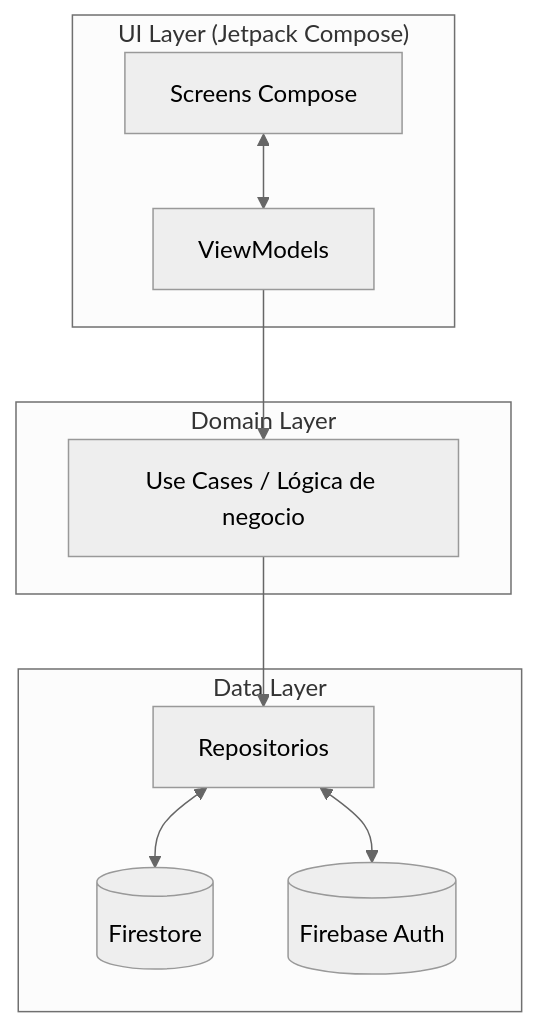
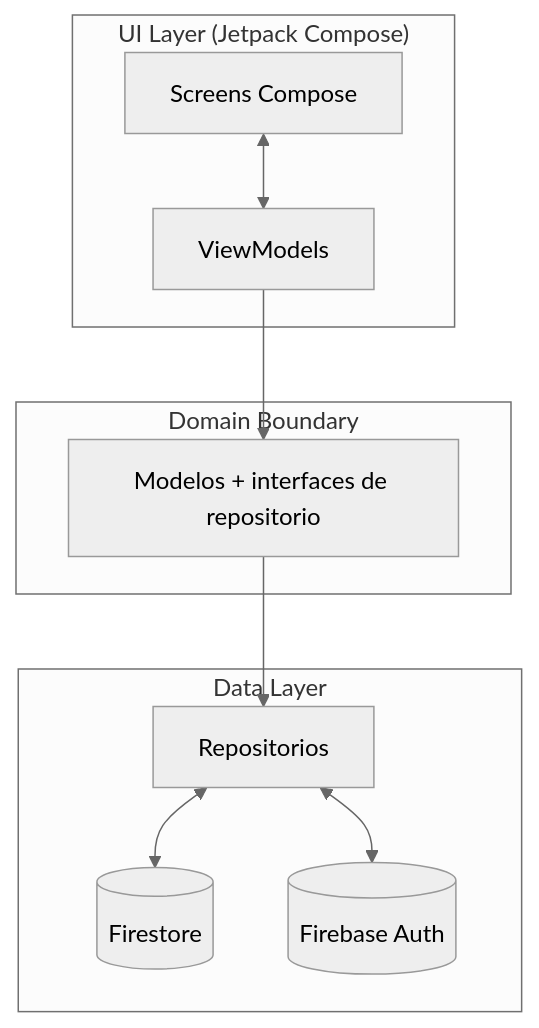
One commit to MaxKeenti/ad-rubi-max changed the first of 3 diagrams in docs/Programa1/entrega/03-arquitectura/content.md. Above: the diagram before and after it, drawn with Mermaid (neutral theme). The commit also changed other lines of this file and 23 other files, not shown here.

````diff
--- a/docs/Programa1/entrega/03-arquitectura/content.md
+++ b/docs/Programa1/entrega/03-arquitectura/content.md
@@ -8,20 +10,20 @@
 ```mermaid
 flowchart TB
   subgraph UI["UI Layer (Jetpack Compose)"]
     S[Screens Compose]
     VM[ViewModels]
     S <--> VM
   end
-  subgraph DOM["Domain Layer"]
-    UC[Use Cases / Lógica de negocio]
+  subgraph DOM["Domain Boundary"]
+    MODELS[Modelos + interfaces de repositorio]
   end
   subgraph DATA["Data Layer"]
     REPO[Repositorios]
     FS[(Firestore)]
     FA[(Firebase Auth)]
     REPO <--> FS
     REPO <--> FA
   end
-  VM --> UC
-  UC --> REPO
+  VM --> MODELS
+  MODELS --> REPO
 ```
````
